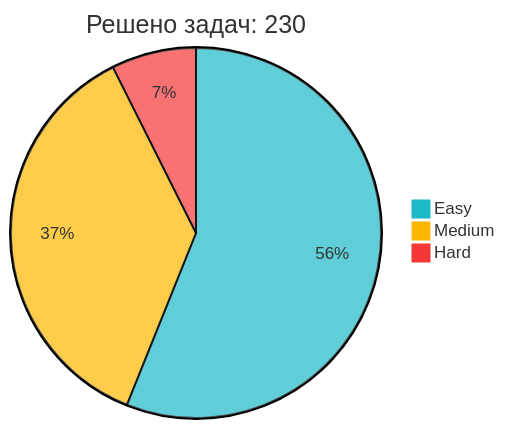
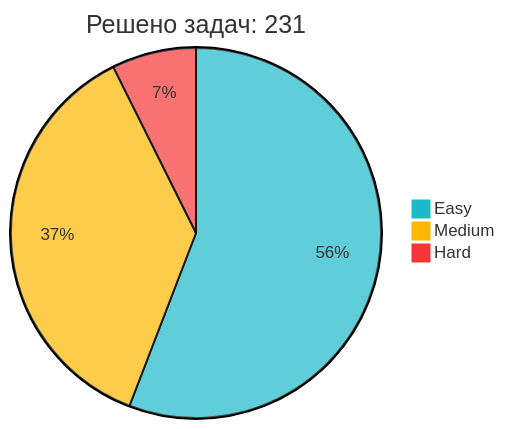
The diagram in README.md (IliaKurdukov/IliaKurdukov), drawn with Mermaid before and after one commit. The commit also changed other lines of this file, not shown here.

Commit message:
📈 Обновление статистики LeetCode

````diff
--- a/README.md
+++ b/README.md
@@ -51,7 +51,7 @@
 ```mermaid
 %%{init: {'theme': 'base', 'themeVariables': { 'pie1': '#1CBAC8', 'pie2': '#FEB700', 'pie3': '#F63737' }, 'config': {'width': 300, 'height': 200}}}%%
-pie title Решено задач: 230
+pie title Решено задач: 231
    "Easy" : 129
-   "Medium" : 84
+   "Medium" : 85
    "Hard" : 17
 ```
````
